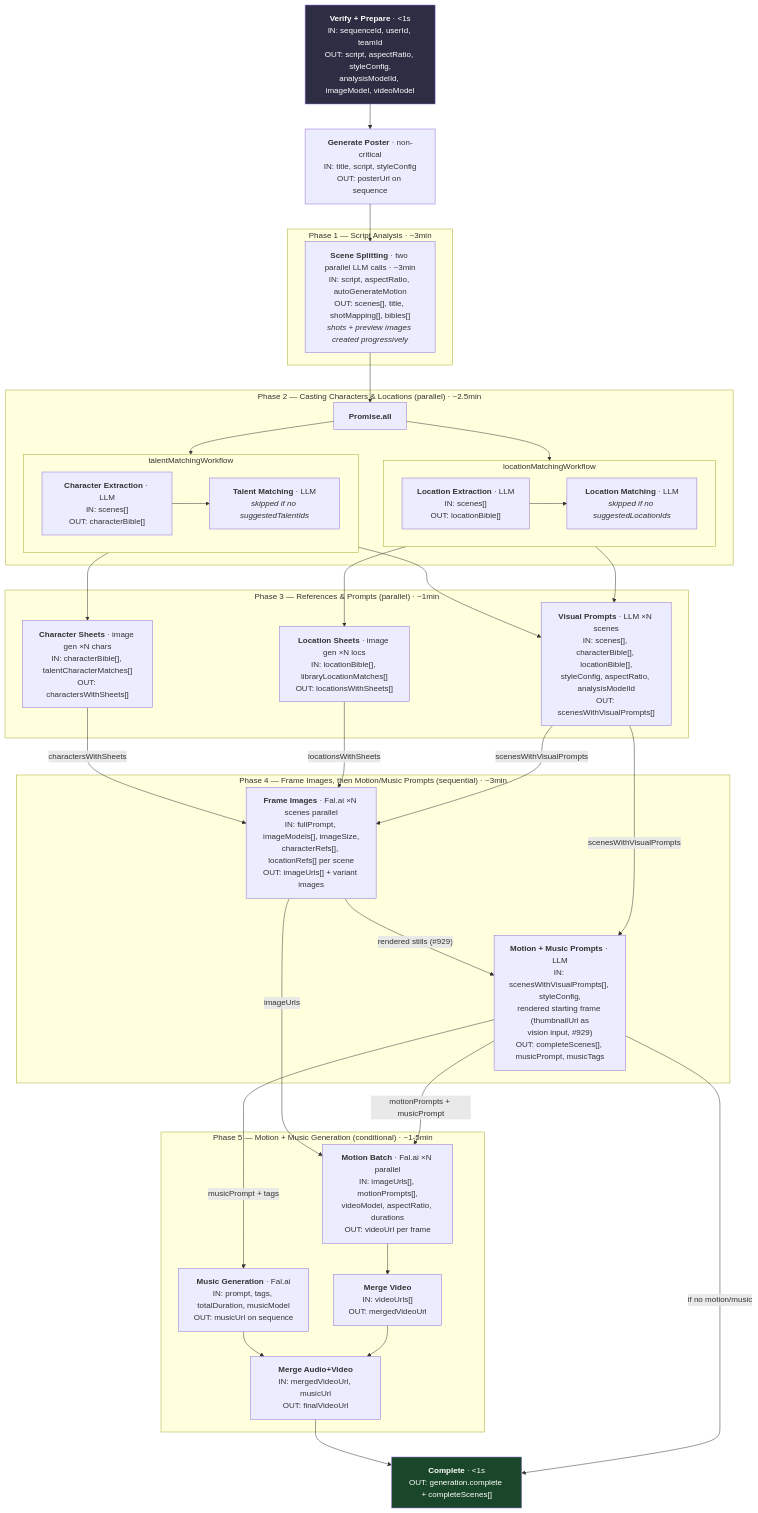
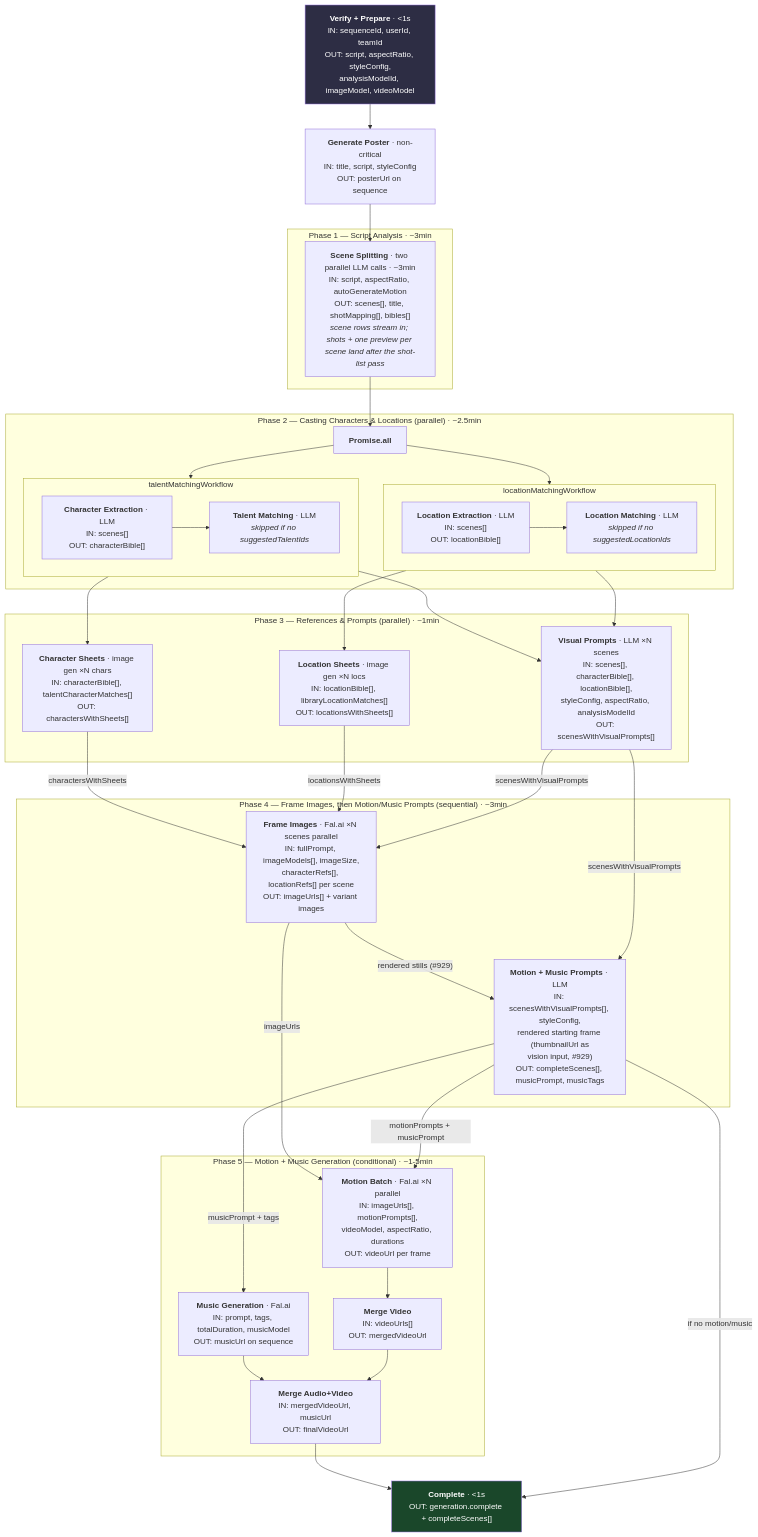
Before and after one commit to openstory-so/openstory: the first of 7 diagrams in docs/developer-guide/workflow.md, drawn with Mermaid. The commit also changed other lines of this file and 41 other files, not shown here.

First line of the commit message:
feat(#1593): film length is per scene — sequence target, shots divide the label, no placeholder shot

````diff
--- a/docs/developer-guide/workflow.md
+++ b/docs/developer-guide/workflow.md
@@ -12,72 +12,72 @@
 ```mermaid
 flowchart TD
     Verify["<b>Verify + Prepare</b> · <1s<br/>IN: sequenceId, userId, teamId<br/>OUT: script, aspectRatio, styleConfig,<br/>analysisModelId, imageModel, videoModel"] --> Poster
     Poster["<b>Generate Poster</b> · non-critical<br/>IN: title, script, styleConfig<br/>OUT: posterUrl on sequence"] --> SceneSplit
 
     subgraph "Phase 1 — Script Analysis · ~3min"
-        SceneSplit["<b>Scene Splitting</b> · two parallel LLM calls · ~3min<br/>IN: script, aspectRatio, autoGenerateMotion<br/>OUT: scenes[], title, shotMapping[], bibles[]<br/><i>shots + preview images created progressively</i>"]
+        SceneSplit["<b>Scene Splitting</b> · two parallel LLM calls · ~3min<br/>IN: script, aspectRatio, autoGenerateMotion<br/>OUT: scenes[], title, shotMapping[], bibles[]<br/><i>scene rows stream in; shots + one preview per scene land after the shot-list pass</i>"]
     end
 
     SceneSplit --> P2
 
     subgraph "Phase 2 — Casting Characters & Locations (parallel) · ~2.5min"
         P2["<b>Promise.all</b>"]
         P2 --> TalentSub
         P2 --> LocationSub
 
         subgraph TalentSub["talentMatchingWorkflow"]
             CharExtract["<b>Character Extraction</b> · LLM<br/>IN: scenes[]<br/>OUT: characterBible[]"]
             TalentMatch["<b>Talent Matching</b> · LLM<br/><i>skipped if no suggestedTalentIds</i>"]
             CharExtract --> TalentMatch
         end
 
         subgraph LocationSub["locationMatchingWorkflow"]
             LocExtract["<b>Location Extraction</b> · LLM<br/>IN: scenes[]<br/>OUT: locationBible[]"]
             LocMatch["<b>Location Matching</b> · LLM<br/><i>skipped if no suggestedLocationIds</i>"]
             LocExtract --> LocMatch
         end
     end
 
     subgraph "Phase 3 — References & Prompts (parallel) · ~1min"
         CharSheets["<b>Character Sheets</b> · image gen ×N chars<br/>IN: characterBible[], talentCharacterMatches[]<br/>OUT: charactersWithSheets[]"]
         LocSheets["<b>Location Sheets</b> · image gen ×N locs<br/>IN: locationBible[], libraryLocationMatches[]<br/>OUT: locationsWithSheets[]"]
         VisualPrompts["<b>Visual Prompts</b> · LLM ×N scenes<br/>IN: scenes[], characterBible[], locationBible[],<br/>styleConfig, aspectRatio, analysisModelId<br/>OUT: scenesWithVisualPrompts[]"]
     end
 
     TalentSub --> CharSheets
     TalentSub --> VisualPrompts
     LocationSub --> LocSheets
     LocationSub --> VisualPrompts
 
     subgraph "Phase 4 — Frame Images, then Motion/Music Prompts (sequential) · ~3min"
         ImageGen["<b>Frame Images</b> · Fal.ai ×N scenes parallel<br/>IN: fullPrompt, imageModels[], imageSize,<br/>characterRefs[], locationRefs[] per scene<br/>OUT: imageUrls[] + variant images"]
         MotionMusicPrompts["<b>Motion + Music Prompts</b> · LLM<br/>IN: scenesWithVisualPrompts[], styleConfig,<br/>rendered starting frame (thumbnailUrl as<br/>vision input, #929)<br/>OUT: completeScenes[], musicPrompt, musicTags"]
     end
 
     CharSheets -->|"charactersWithSheets"| ImageGen
     LocSheets -->|"locationsWithSheets"| ImageGen
     VisualPrompts -->|"scenesWithVisualPrompts"| ImageGen
     ImageGen -->|"rendered stills (#929)"| MotionMusicPrompts
     VisualPrompts -->|"scenesWithVisualPrompts"| MotionMusicPrompts
 
     subgraph "Phase 5 — Motion + Music Generation (conditional) · ~1-5min"
         MotionBatch["<b>Motion Batch</b> · Fal.ai ×N parallel<br/>IN: imageUrls[], motionPrompts[],<br/>videoModel, aspectRatio, durations<br/>OUT: videoUrl per frame"]
         MusicGen["<b>Music Generation</b> · Fal.ai<br/>IN: prompt, tags, totalDuration, musicModel<br/>OUT: musicUrl on sequence"]
         MergeVideo["<b>Merge Video</b><br/>IN: videoUrls[]<br/>OUT: mergedVideoUrl"]
         MergeAudioVideo["<b>Merge Audio+Video</b><br/>IN: mergedVideoUrl, musicUrl<br/>OUT: finalVideoUrl"]
         MotionBatch --> MergeVideo
         MusicGen --> MergeAudioVideo
         MergeVideo --> MergeAudioVideo
     end
 
     ImageGen -->|"imageUrls"| MotionBatch
     MotionMusicPrompts -->|"motionPrompts + musicPrompt"| MotionBatch
     MotionMusicPrompts -->|"musicPrompt + tags"| MusicGen
 
     MergeAudioVideo --> Done
     MotionMusicPrompts -->|"if no motion/music"| Done
     Done["<b>Complete</b> · <1s<br/>OUT: generation.complete + completeScenes[]"]
 
     style Verify fill:#2d2d44,color:#fff
     style Done fill:#1a472a,color:#fff
 ```
````
